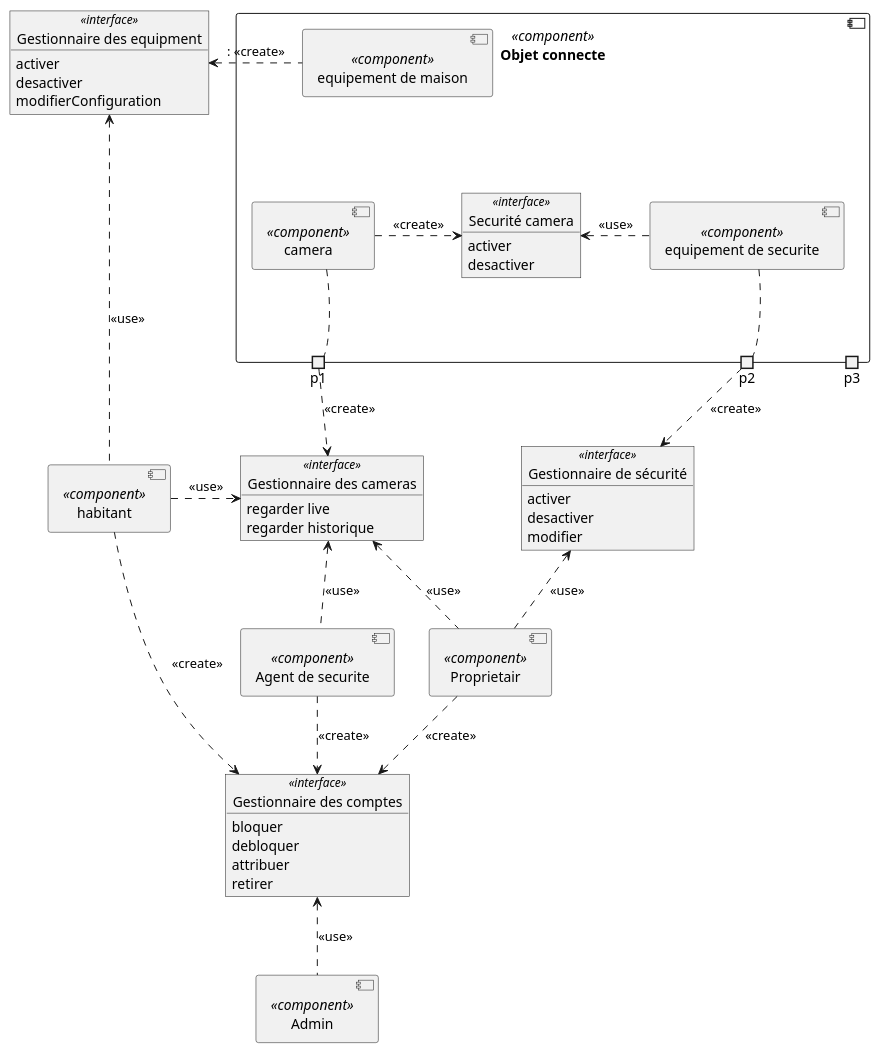
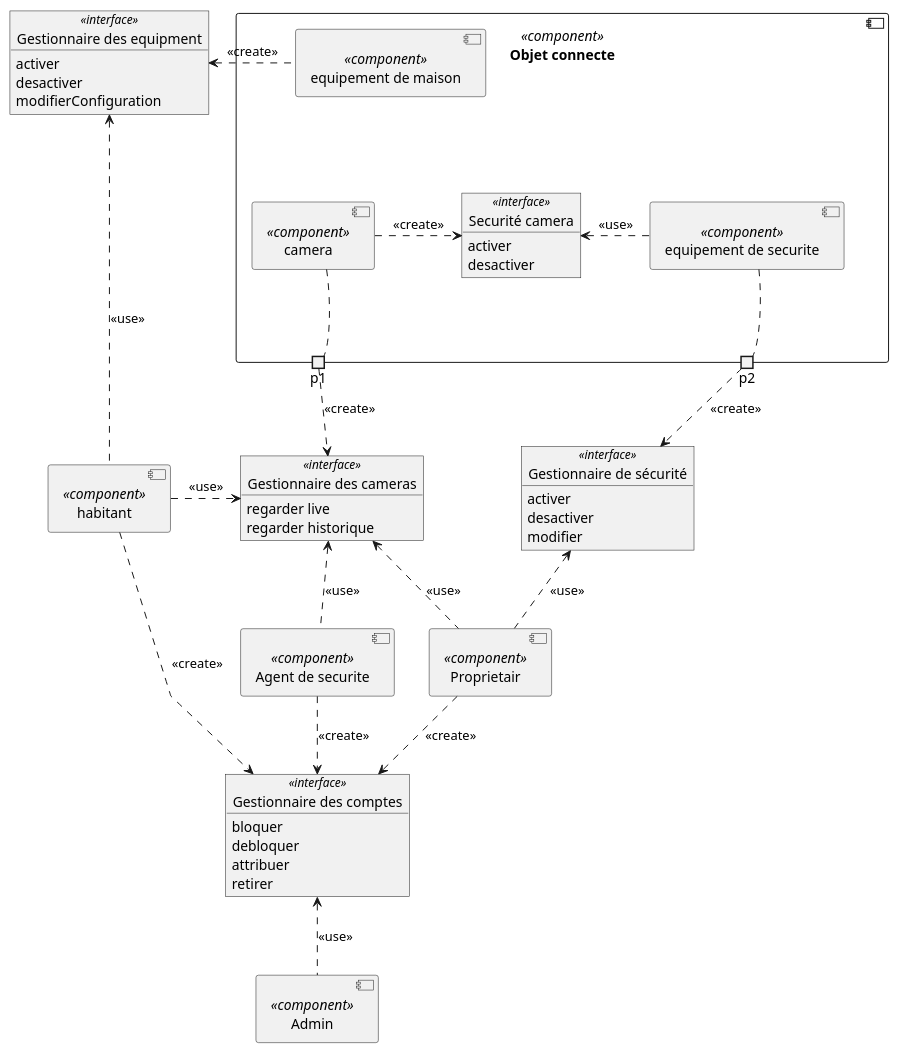
Before and after one commit to SemSSK/SmartHome: the diagram in UmlDiagrams/ComponentDiagramme.puml, drawn with PlantUML. The commit also changed 5 other files, not shown here.

```diff
--- a/UmlDiagrams/ComponentDiagramme.puml
+++ b/UmlDiagrams/ComponentDiagramme.puml
@@ -1,72 +1,72 @@
 @startuml
+    skinparam Linetype polyline
     allowmixing
     hide <<hidden>>
     component "Admin" as admin <<component>> 
     component "Proprietair" as prop <<component>>
     component "habitant" as hab <<component>>
     component "Agent de securite" as ads <<component>>
     component "Objet connecte" as oc <<component>> {
         component hhh <<hidden>>
         component "camera" as cams <<component>>
         component "equipement de securite" as equiSecurité <<component>>
         component "equipement de maison" as equiMaison <<component>>
         object "Securité camera" as secCam <<interface>>{
             activer
             desactiver
         }
         hhh -d- cams : <<hidden>>
         hhh -d- equiSecurité : <<hidden>>
         hhh -l- equiMaison 
         portout p1 
         portout p2
-        portout p3
         p1 -[hidden]up-> cams
         p2 -[hidden]left-> equiSecurité
         cams .right.> secCam : <<create>>
         equiSecurité .left.> secCam : <<use>>
     }
 
  
     object "Gestionnaire des cameras" as camManage <<interface>> {
         regarder live
         regarder historique
     }
     object "Gestionnaire des equipment" as equManage <<interface>>{
         activer
         desactiver
         modifierConfiguration
     }
     object "Gestionnaire de sécurité" as secureManage <<interface>>{
         activer
         desactiver
         modifier
     }
     object "Gestionnaire des comptes" as accountManage <<interface>> {
         bloquer
         debloquer
         attribuer
         retirer
     }
 
     'Camera interfaces and relations
     cams .down. p1
     p1 .d.> camManage : <<create>>
     prop .l.> camManage : <<use>>
     hab .r.> camManage : <<use>>
     ads .u.> camManage : <<use>>
 
     'Equipment de securite interfaces and relations
     equiSecurité .r. p2 
     p2 .d.> secureManage : <<create>>
     prop .u.> secureManage : <<use>>
 
     'gestion des comptes
     admin .u.> accountManage : <<use>>
     prop .d.> accountManage : <<create>>
     hab .d.> accountManage : <<create>>
     ads .d.> accountManage : <<create>>
 
     'gestion des equipment de maison
     hab .u.> equManage : <<use>>
-    equiMaison .l.>  equManage :: <<create>>
+    equiMaison .l.>  equManage : <<create>>
 @enduml
```
